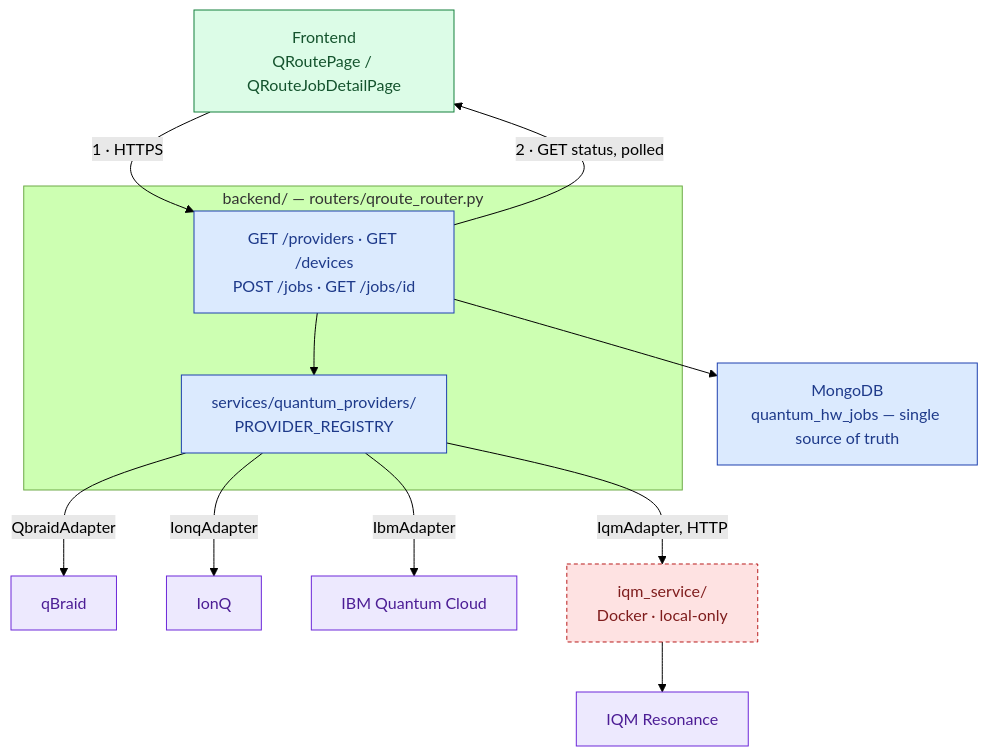
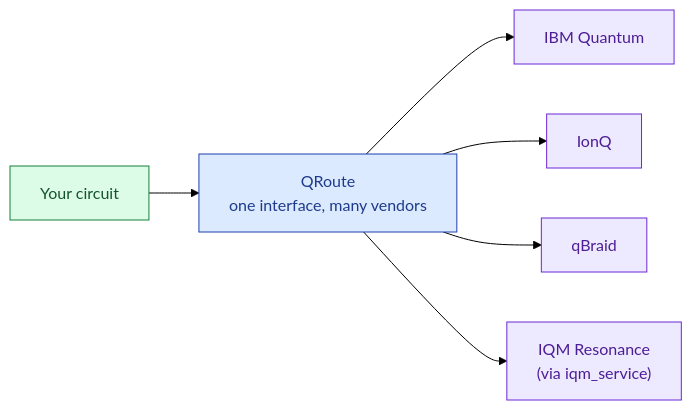
One commit to sarvan-2187/sih changed the sixth of 7 diagrams in README.md. Above: the diagram before and after it, drawn with Mermaid (forest theme). The commit also changed other lines of this file and 1 other file, not shown here.

````diff
--- a/README.md
+++ b/README.md
@@ -359,27 +177,12 @@
 ```mermaid
-flowchart TD
-    classDef frontend fill:#dcfce7,stroke:#15803d,color:#14532d
-    classDef api fill:#dbeafe,stroke:#1e40af,color:#1e3a8a
-    classDef local fill:#fee2e2,stroke:#b91c1c,color:#7f1d1d,stroke-dasharray: 4 3
-    classDef external fill:#ede9fe,stroke:#6d28d9,color:#4c1d95
+flowchart LR
+    classDef a fill:#dcfce7,stroke:#15803d,color:#14532d
+    classDef b fill:#dbeafe,stroke:#1e40af,color:#1e3a8a
+    classDef c fill:#ede9fe,stroke:#6d28d9,color:#4c1d95
 
-    FE["Frontend<br/>QRoutePage / QRouteJobDetailPage"]:::frontend
-
-    subgraph API_SVC["backend/ — routers/qroute_router.py"]
-        JOBS["GET /providers · GET /devices<br/>POST /jobs · GET /jobs/id"]:::api
-        REG["services/quantum_providers/<br/>PROVIDER_REGISTRY"]:::api
-        JOBS --> REG
-    end
-
-    REG -->|"QbraidAdapter"| QBRAID["qBraid"]:::external
-    REG -->|"IonqAdapter"| IONQ["IonQ"]:::external
-    REG -->|"IbmAdapter"| IBM["IBM Quantum Cloud"]:::external
-    REG -->|"IqmAdapter, HTTP"| IQMS["iqm_service/<br/>Docker · local-only"]:::local
-    IQMS --> IQM["IQM Resonance"]:::external
-
-    DB["MongoDB<br/>quantum_hw_jobs — single source of truth"]:::api
-
-    FE -->|"1 · HTTPS"| JOBS
-    JOBS --> DB
-    JOBS -->|"2 · GET status, polled"| FE
+    C["Your circuit"]:::a --> QR["QRoute<br/>one interface, many vendors"]:::b
+    QR --> IBM["IBM Quantum"]:::c
+    QR --> IONQ["IonQ"]:::c
+    QR --> QB["qBraid"]:::c
+    QR --> IQM["IQM Resonance<br/>(via iqm_service)"]:::c
 ```
````
